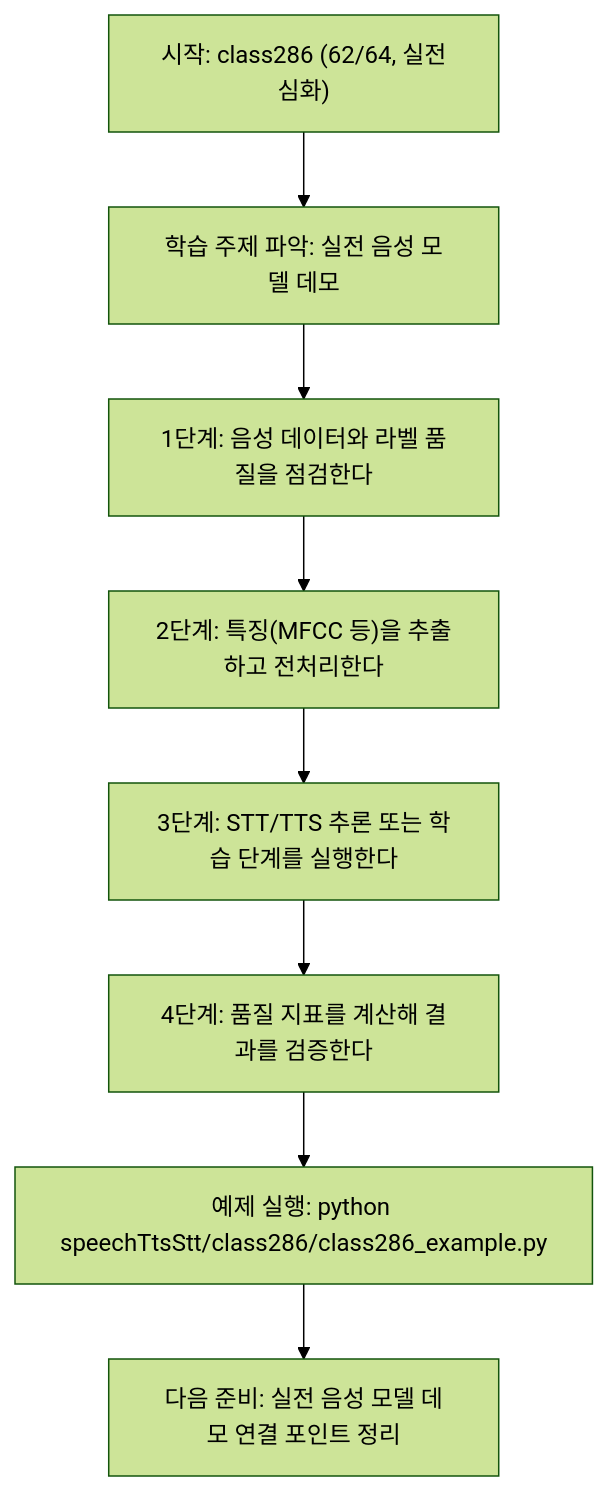
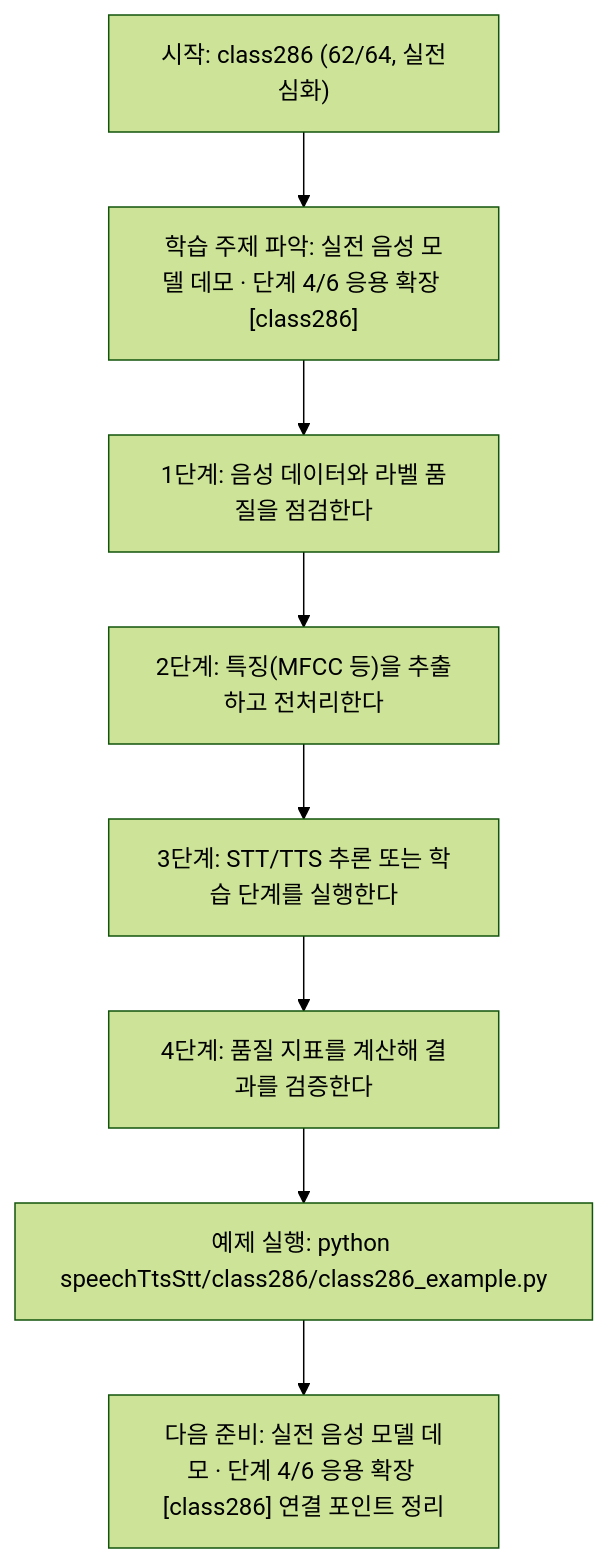
Before and after one commit to edumgt/Python-AI_Agent-Class: the diagram in speechTtsStt/class286/class286.md, drawn with Mermaid (forest theme). The commit also changed other lines of this file and 522 other files, not shown here.

````diff
--- a/speechTtsStt/class286/class286.md
+++ b/speechTtsStt/class286/class286.md
@@ -114,18 +115,18 @@
 ```mermaid
 flowchart TD
 N1["시작: class286 (62/64, 실전심화)"]
-N2["학습 주제 파악: 실전 음성 모델 데모"]
+N2["학습 주제 파악: 실전 음성 모델 데모 · 단계 4/6 응용 확장 [class286]"]
 N3["1단계: 음성 데이터와 라벨 품질을 점검한다"]
 N4["2단계: 특징(MFCC 등)을 추출하고 전처리한다"]
 N5["3단계: STT/TTS 추론 또는 학습 단계를 실행한다"]
 N6["4단계: 품질 지표를 계산해 결과를 검증한다"]
 N7["예제 실행: python speechTtsStt/class286/class286_example.py"]
-N8["다음 준비: 실전 음성 모델 데모 연결 포인트 정리"]
+N8["다음 준비: 실전 음성 모델 데모 · 단계 4/6 응용 확장 [class286] 연결 포인트 정리"]
 N1 --> N2
 N2 --> N3
 N3 --> N4
 N4 --> N5
 N5 --> N6
 N6 --> N7
 N7 --> N8
 ```
````
